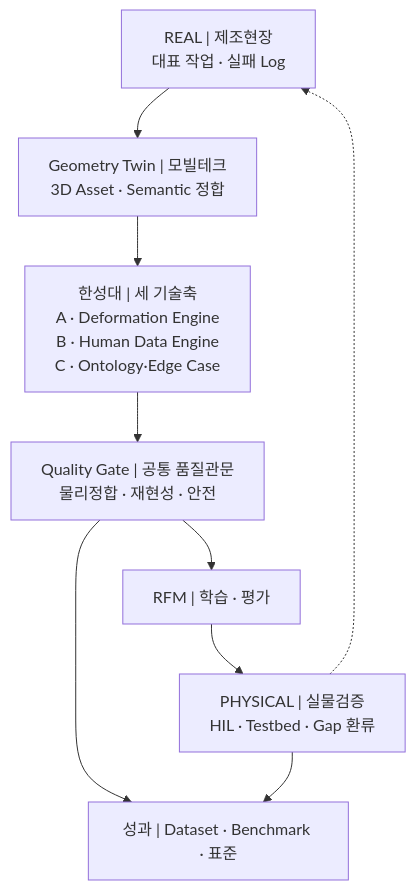
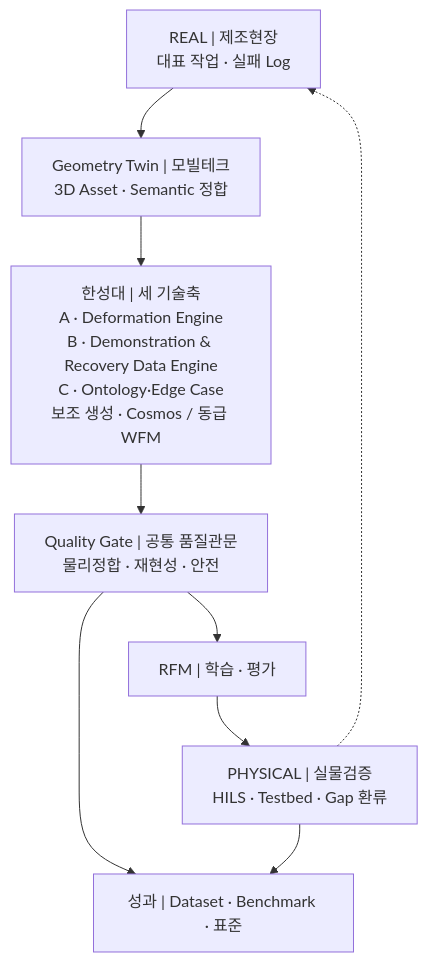
The second of 3 diagrams in homepage-src/docs/projects/manufacturing-data-factory-rfm/roadmap.md (parclab-hsu/parclab-hsu.github.io), drawn with Mermaid before and after one commit. The commit also changed other lines of this file and 2 other files, not shown here.

````diff
--- a/homepage-src/docs/projects/manufacturing-data-factory-rfm/roadmap.md
+++ b/homepage-src/docs/projects/manufacturing-data-factory-rfm/roadmap.md
@@ -75,15 +83,15 @@
 ```mermaid
 flowchart TB
     REAL["REAL | 제조현장<br/>대표 작업 · 실패 Log"]
     GEO["Geometry Twin | 모빌테크<br/>3D Asset · Semantic 정합"]
-    CORE["한성대 | 세 기술축<br/>A · Deformation Engine<br/>B · Human Data Engine<br/>C · Ontology·Edge Case"]
+    CORE["한성대 | 세 기술축<br/>A · Deformation Engine<br/>B · Demonstration & Recovery Data Engine<br/>C · Ontology·Edge Case<br/>보조 생성 · Cosmos / 동급 WFM"]
     GATE["Quality Gate | 공통 품질관문<br/>물리정합 · 재현성 · 안전"]
     RFM["RFM | 학습 · 평가"]
-    TEST["PHYSICAL | 실물검증<br/>HIL · Testbed · Gap 환류"]
+    TEST["PHYSICAL | 실물검증<br/>HILS · Testbed · Gap 환류"]
     OUTPUT["성과 | Dataset · Benchmark · 표준"]
 
     REAL --> GEO --> CORE --> GATE --> RFM --> TEST
     GATE --> OUTPUT
     TEST --> OUTPUT
     TEST -.-> REAL
 ```
````
